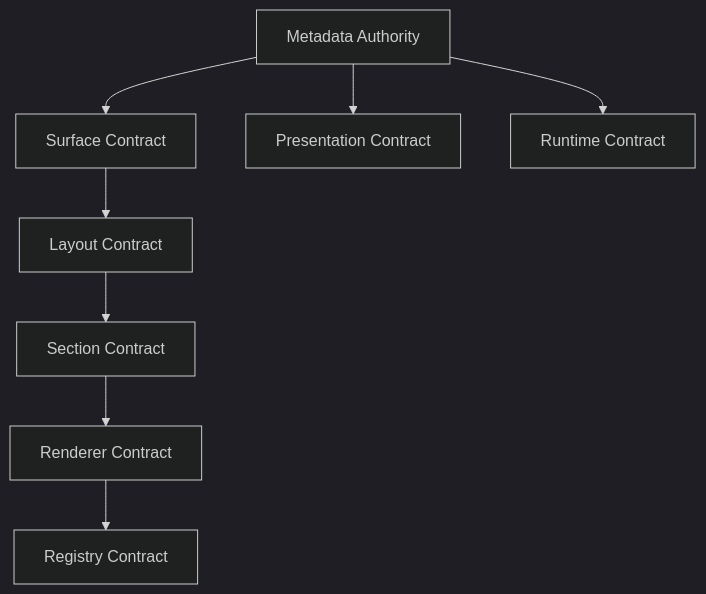
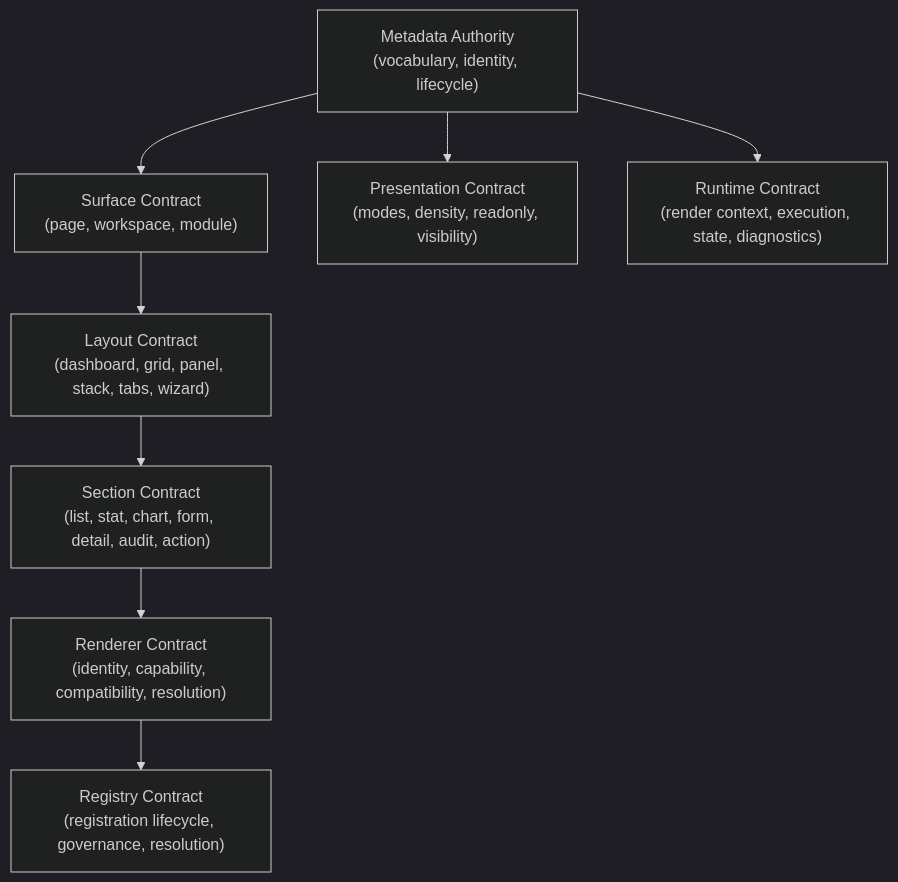
One commit to pohlai88/afenda-Xerp changed the first of 2 diagrams in docs/delivery/tip-005-metadata-authority.md. Above: the diagram before and after it, drawn with Mermaid (dark theme). The commit also changed other lines of this file and 88 other files, not shown here.

````diff
--- a/docs/delivery/tip-005-metadata-authority.md
+++ b/docs/delivery/tip-005-metadata-authority.md
@@ -61,10 +84,19 @@
 ```mermaid
 flowchart TD
-  metadata["Metadata Authority"] --> surface["Surface Contract"]
-  surface --> layout["Layout Contract"]
-  layout --> section["Section Contract"]
-  section --> renderer["Renderer Contract"]
-  renderer --> registry["Registry Contract"]
-  metadata --> presentation["Presentation Contract"]
-  metadata --> runtime["Runtime Contract"]
+  metadata["Metadata Authority\n(vocabulary, identity, lifecycle)"]
+  surface["Surface Contract\n(page, workspace, module)"]
+  layout["Layout Contract\n(dashboard, grid, panel, stack, tabs, wizard)"]
+  section["Section Contract\n(list, stat, chart, form, detail, audit, action)"]
+  renderer["Renderer Contract\n(identity, capability, compatibility, resolution)"]
+  registry["Registry Contract\n(registration lifecycle, governance, resolution)"]
+  presentation["Presentation Contract\n(modes, density, readonly, visibility)"]
+  runtime["Runtime Contract\n(render context, execution, state, diagnostics)"]
+
+  metadata --> surface
+  surface --> layout
+  layout --> section
+  section --> renderer
+  renderer --> registry
+  metadata --> presentation
+  metadata --> runtime
 ```
````
